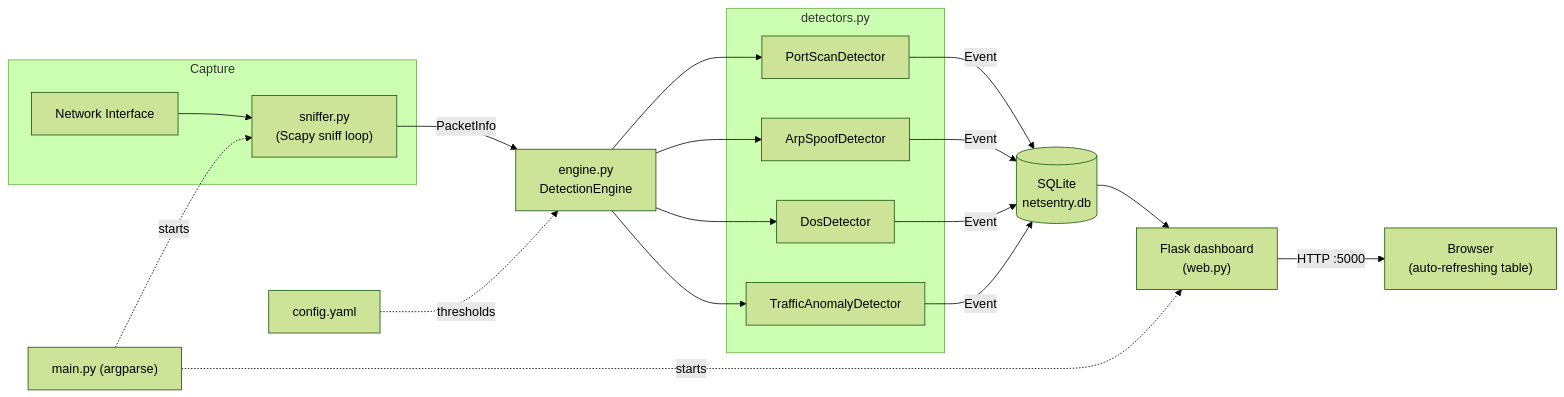
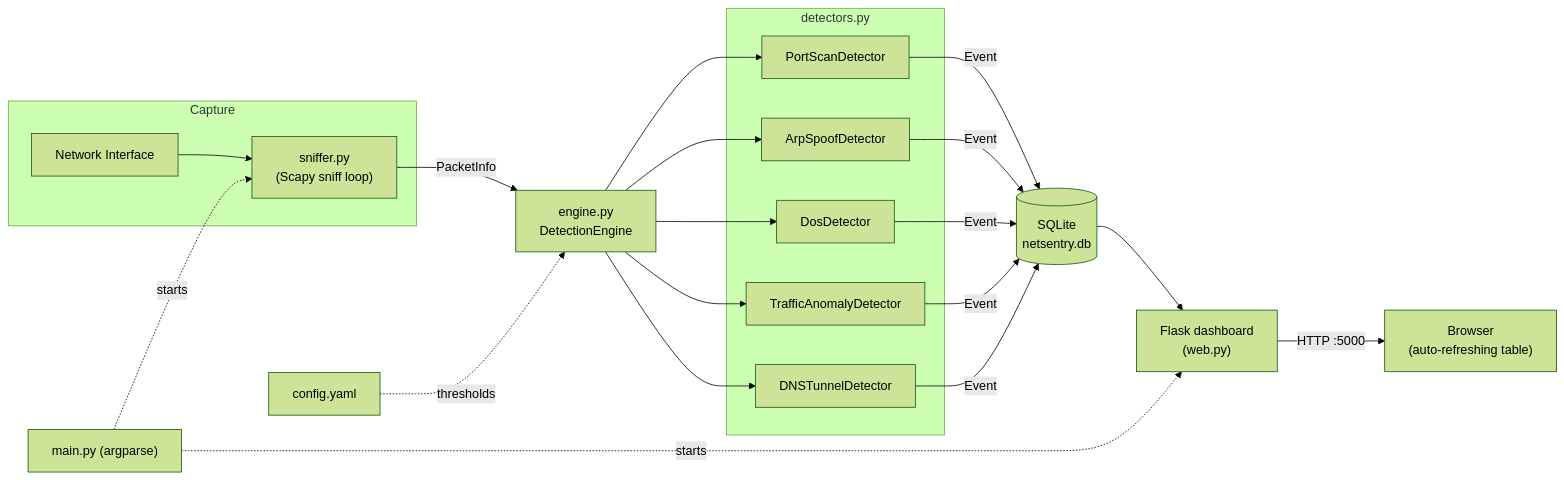
One commit to Deipedra34/NetSentry changed the diagram in README.md. Above: the diagram before and after it, drawn with Mermaid (forest theme). The commit also changed other lines of this file and 10 other files, not shown here.

````diff
--- a/README.md
+++ b/README.md
@@ -42,32 +43,35 @@
 ```mermaid
 flowchart LR
     subgraph Capture
         NIC["Network Interface"] --> Sniffer["sniffer.py\n(Scapy sniff loop)"]
     end
 
     Sniffer -->|"PacketInfo"| Engine["engine.py\nDetectionEngine"]
 
     subgraph Detectors["detectors.py"]
         PS["PortScanDetector"]
         ARP["ArpSpoofDetector"]
         DOS["DosDetector"]
         ANOM["TrafficAnomalyDetector"]
+        DNS["DNSTunnelDetector"]
     end
 
     Engine --> PS
     Engine --> ARP
     Engine --> DOS
     Engine --> ANOM
+    Engine --> DNS
 
     PS -->|"Event"| DB[("SQLite\nnetsentry.db")]
     ARP -->|"Event"| DB
     DOS -->|"Event"| DB
     ANOM -->|"Event"| DB
+    DNS -->|"Event"| DB
 
     DB --> Web["Flask dashboard\n(web.py)"]
     Web -->|"HTTP :5000"| Browser["Browser\n(auto-refreshing table)"]
 
     Config["config.yaml"] -.thresholds.-> Engine
     CLI["main.py (argparse)"] -.starts.-> Sniffer
     CLI -.starts.-> Web
 ```
````
